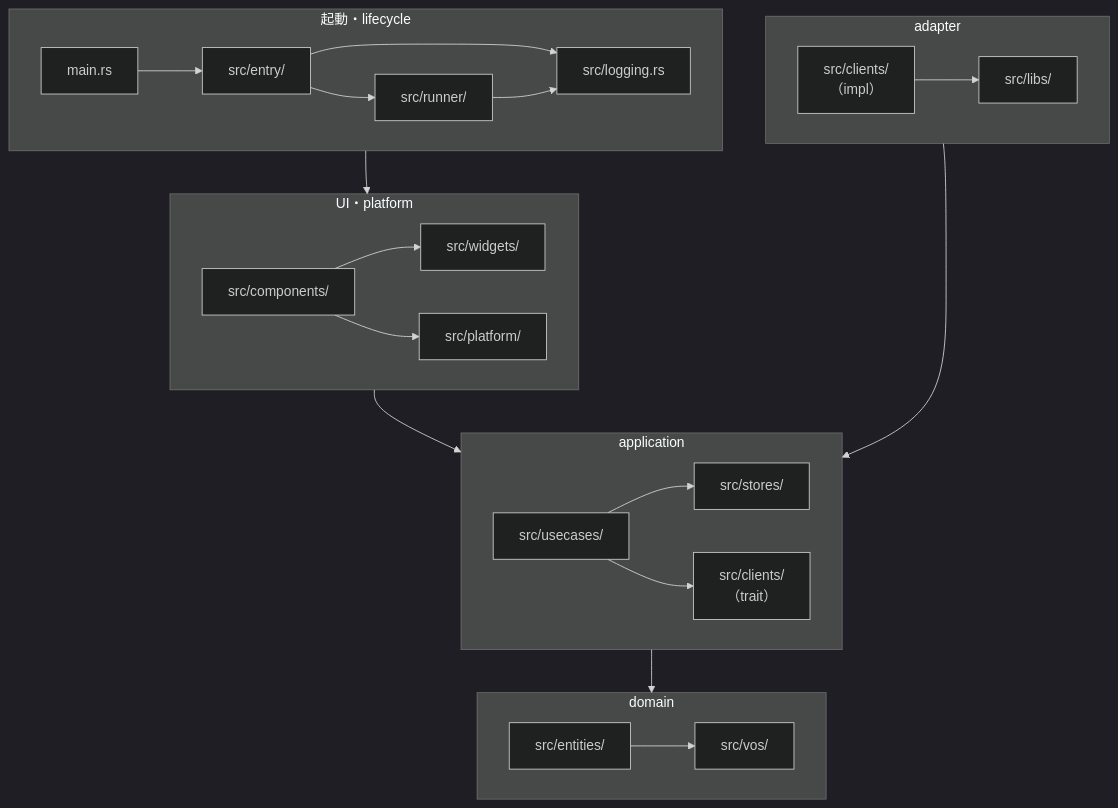
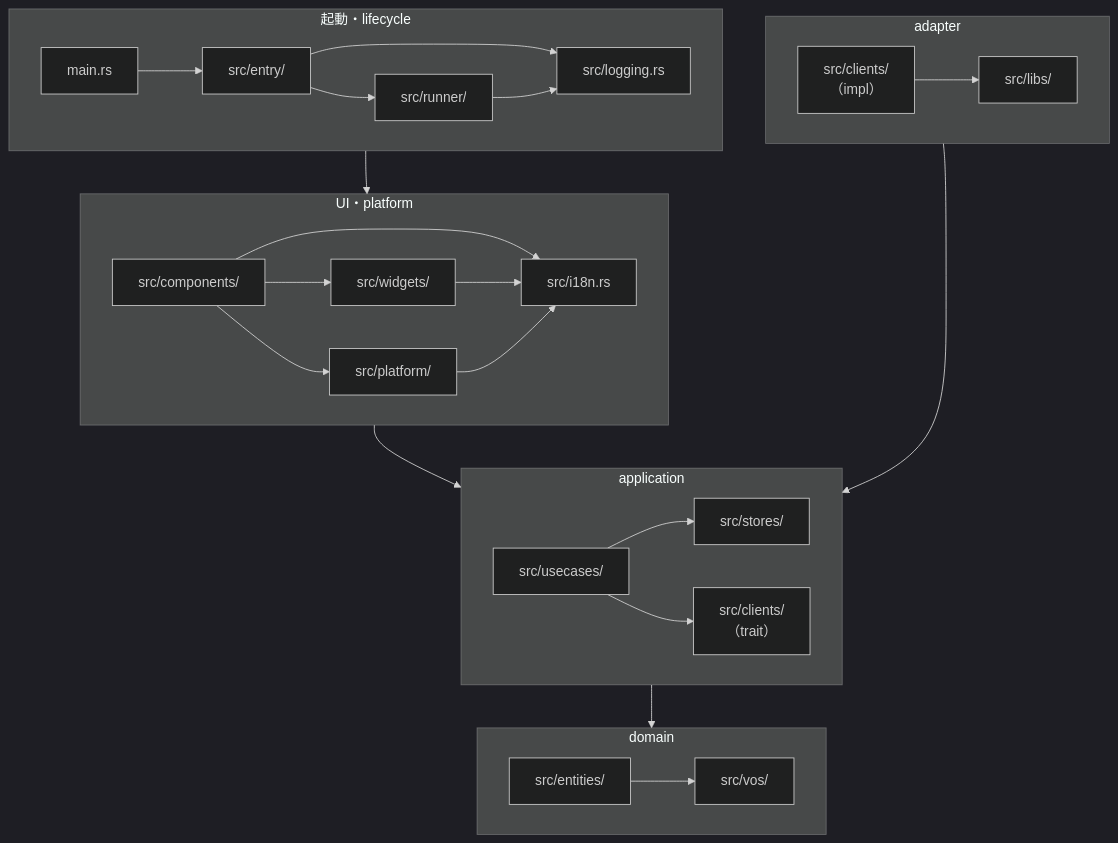
One commit to ano333333/redmine-tui changed the first of 2 diagrams in docs/architecture.md. Above: the diagram before and after it, drawn with Mermaid (dark theme). The commit also changed other lines of this file and 9 other files, not shown here.

````diff
--- a/docs/architecture.md
+++ b/docs/architecture.md
@@ -63,33 +67,36 @@
 ```mermaid
 flowchart TD
     subgraph layer_boot["起動・lifecycle"]
         main["main.rs"] --> entry["src/entry/"]
         entry --> runner["src/runner/"]
         entry --> logging["src/logging.rs"]
         runner --> logging
     end
 
     subgraph layer_adapter["adapter"]
         client_impls["src/clients/<br/>（impl）"] --> libs["src/libs/"]
     end
 
     subgraph layer_ui["UI・platform"]
         components["src/components/"] --> widgets["src/widgets/"]
         components --> platform["src/platform/"]
+        components --> i18n["src/i18n.rs"]
+        widgets --> i18n
+        platform --> i18n
     end
 
     subgraph layer_app["application"]
         usecases["src/usecases/"] --> stores["src/stores/"]
         usecases --> client_trait["src/clients/<br/>（trait）"]
     end
 
     subgraph layer_domain["domain"]
         entities["src/entities/"] --> vos["src/vos/"]
     end
 
     layer_boot --> layer_ui
     layer_ui --> layer_app
     layer_adapter --> layer_app
     layer_adapter ~~~ layer_ui
     layer_app --> layer_domain
 ```
````
